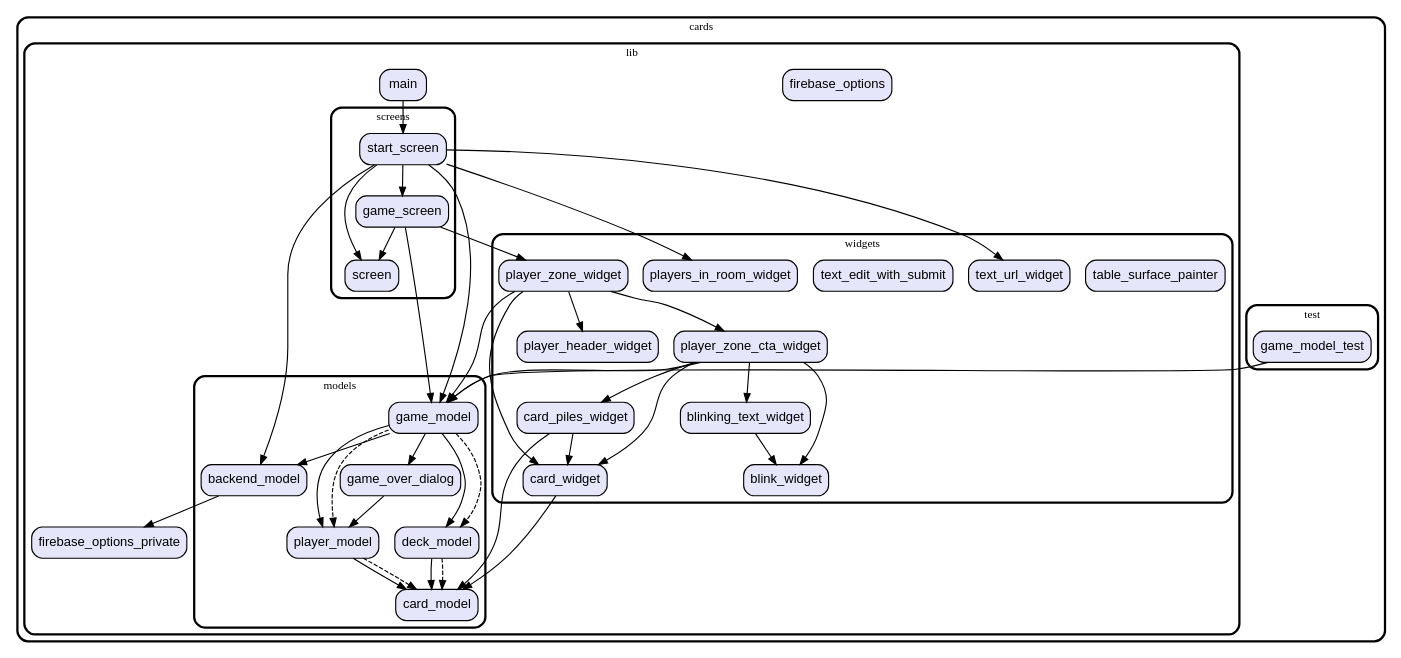
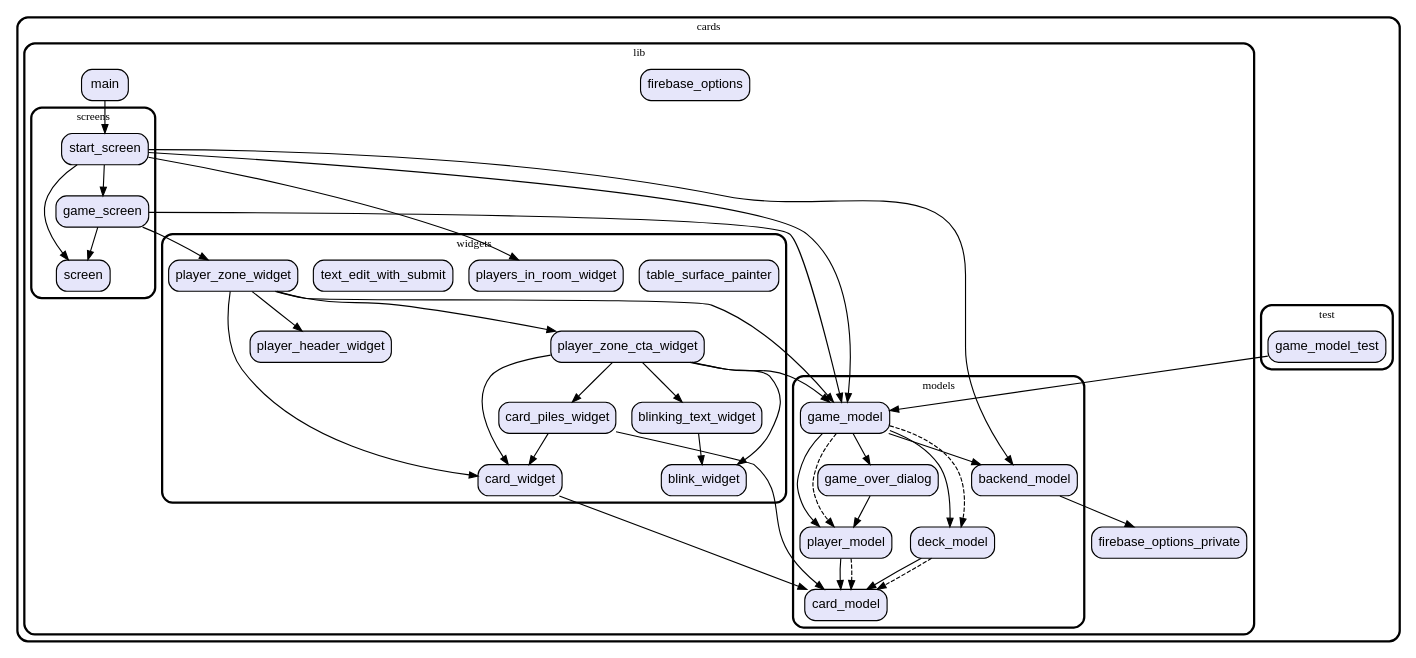
The diagram in graph.dot (vteam-com/Cards), drawn with Graphviz before and after one commit. The commit also changed 13 other files, not shown here.

```diff
--- a/graph.dot
+++ b/graph.dot
@@ -1,107 +1,104 @@
 digraph "" {
   graph [style=rounded fontname="Arial Black" fontsize=13 penwidth=2.6];
   node [shape=rect style="filled,rounded" fontname=Arial fontsize=15 fillcolor=Lavender penwidth=1.3];
   edge [penwidth=1.3];
   "/test/game_model_test.dart" [label="game_model_test"];
   "/lib/firebase_options_private.dart" [label="firebase_options_private"];
   "/lib/firebase_options.dart" [label="firebase_options"];
   "/lib/models/game_model.dart" [label="game_model"];
   "/lib/models/game_over_dialog.dart" [label="game_over_dialog"];
   "/lib/models/player_model.dart" [label="player_model"];
   "/lib/models/card_model.dart" [label="card_model"];
   "/lib/models/backend_model.dart" [label="backend_model"];
   "/lib/models/deck_model.dart" [label="deck_model"];
   "/lib/screens/game_screen.dart" [label="game_screen"];
   "/lib/screens/start_screen.dart" [label="start_screen"];
   "/lib/screens/screen.dart" [label="screen"];
   "/lib/main.dart" [label="main"];
   "/lib/widgets/player_zone_cta_widget.dart" [label="player_zone_cta_widget"];
   "/lib/widgets/table_surface_painter.dart" [label="table_surface_painter"];
   "/lib/widgets/card_widget.dart" [label="card_widget"];
   "/lib/widgets/player_header_widget.dart" [label="player_header_widget"];
   "/lib/widgets/players_in_room_widget.dart" [label="players_in_room_widget"];
   "/lib/widgets/text_edit_with_submit.dart" [label="text_edit_with_submit"];
   "/lib/widgets/player_zone_widget.dart" [label="player_zone_widget"];
   "/lib/widgets/card_piles_widget.dart" [label="card_piles_widget"];
-  "/lib/widgets/text_url_widget.dart" [label="text_url_widget"];
   "/lib/widgets/blink_widget.dart" [label="blink_widget"];
   "/lib/widgets/blinking_text_widget.dart" [label="blinking_text_widget"];
   subgraph "cluster~" {
     label="cards";
     subgraph "cluster~/test" {
       label="test";
       "/test/game_model_test.dart";
     }
     subgraph "cluster~/lib" {
       label="lib";
       "/lib/firebase_options_private.dart";
       "/lib/firebase_options.dart";
       "/lib/main.dart";
       subgraph "cluster~/lib/models" {
         label="models";
         "/lib/models/game_model.dart";
         "/lib/models/game_over_dialog.dart";
         "/lib/models/player_model.dart";
         "/lib/models/card_model.dart";
         "/lib/models/backend_model.dart";
         "/lib/models/deck_model.dart";
       }
       subgraph "cluster~/lib/screens" {
         label="screens";
         "/lib/screens/game_screen.dart";
         "/lib/screens/start_screen.dart";
         "/lib/screens/screen.dart";
       }
       subgraph "cluster~/lib/widgets" {
         label="widgets";
         "/lib/widgets/player_zone_cta_widget.dart";
         "/lib/widgets/table_surface_painter.dart";
         "/lib/widgets/card_widget.dart";
         "/lib/widgets/player_header_widget.dart";
         "/lib/widgets/players_in_room_widget.dart";
         "/lib/widgets/text_edit_with_submit.dart";
         "/lib/widgets/player_zone_widget.dart";
         "/lib/widgets/card_piles_widget.dart";
-        "/lib/widgets/text_url_widget.dart";
         "/lib/widgets/blink_widget.dart";
         "/lib/widgets/blinking_text_widget.dart";
       }
     }
   }
   "/test/game_model_test.dart" -> "/lib/models/game_model.dart";
   "/lib/models/game_model.dart" -> "/lib/models/backend_model.dart";
   "/lib/models/game_model.dart" -> "/lib/models/deck_model.dart";
   "/lib/models/game_model.dart" -> "/lib/models/game_over_dialog.dart";
   "/lib/models/game_model.dart" -> "/lib/models/player_model.dart";
   "/lib/models/game_model.dart" -> "/lib/models/deck_model.dart" [style=dashed];
   "/lib/models/game_model.dart" -> "/lib/models/player_model.dart" [style=dashed];
   "/lib/models/game_over_dialog.dart" -> "/lib/models/player_model.dart";
   "/lib/models/player_model.dart" -> "/lib/models/card_model.dart";
   "/lib/models/player_model.dart" -> "/lib/models/card_model.dart" [style=dashed];
   "/lib/models/backend_model.dart" -> "/lib/firebase_options_private.dart";
   "/lib/models/deck_model.dart" -> "/lib/models/card_model.dart";
   "/lib/models/deck_model.dart" -> "/lib/models/card_model.dart" [style=dashed];
   "/lib/screens/game_screen.dart" -> "/lib/models/game_model.dart";
   "/lib/screens/game_screen.dart" -> "/lib/screens/screen.dart";
   "/lib/screens/game_screen.dart" -> "/lib/widgets/player_zone_widget.dart";
   "/lib/screens/start_screen.dart" -> "/lib/models/backend_model.dart";
   "/lib/screens/start_screen.dart" -> "/lib/models/game_model.dart";
   "/lib/screens/start_screen.dart" -> "/lib/screens/game_screen.dart";
   "/lib/screens/start_screen.dart" -> "/lib/screens/screen.dart";
   "/lib/screens/start_screen.dart" -> "/lib/widgets/players_in_room_widget.dart";
-  "/lib/screens/start_screen.dart" -> "/lib/widgets/text_url_widget.dart";
   "/lib/main.dart" -> "/lib/screens/start_screen.dart";
   "/lib/widgets/player_zone_cta_widget.dart" -> "/lib/models/game_model.dart";
   "/lib/widgets/player_zone_cta_widget.dart" -> "/lib/widgets/blink_widget.dart";
   "/lib/widgets/player_zone_cta_widget.dart" -> "/lib/widgets/blinking_text_widget.dart";
   "/lib/widgets/player_zone_cta_widget.dart" -> "/lib/widgets/card_piles_widget.dart";
   "/lib/widgets/player_zone_cta_widget.dart" -> "/lib/widgets/card_widget.dart";
   "/lib/widgets/card_widget.dart" -> "/lib/models/card_model.dart";
   "/lib/widgets/player_zone_widget.dart" -> "/lib/models/game_model.dart";
   "/lib/widgets/player_zone_widget.dart" -> "/lib/widgets/card_widget.dart";
   "/lib/widgets/player_zone_widget.dart" -> "/lib/widgets/player_header_widget.dart";
   "/lib/widgets/player_zone_widget.dart" -> "/lib/widgets/player_zone_cta_widget.dart";
   "/lib/widgets/card_piles_widget.dart" -> "/lib/models/card_model.dart";
   "/lib/widgets/card_piles_widget.dart" -> "/lib/widgets/card_widget.dart";
   "/lib/widgets/blinking_text_widget.dart" -> "/lib/widgets/blink_widget.dart";
 }
```
